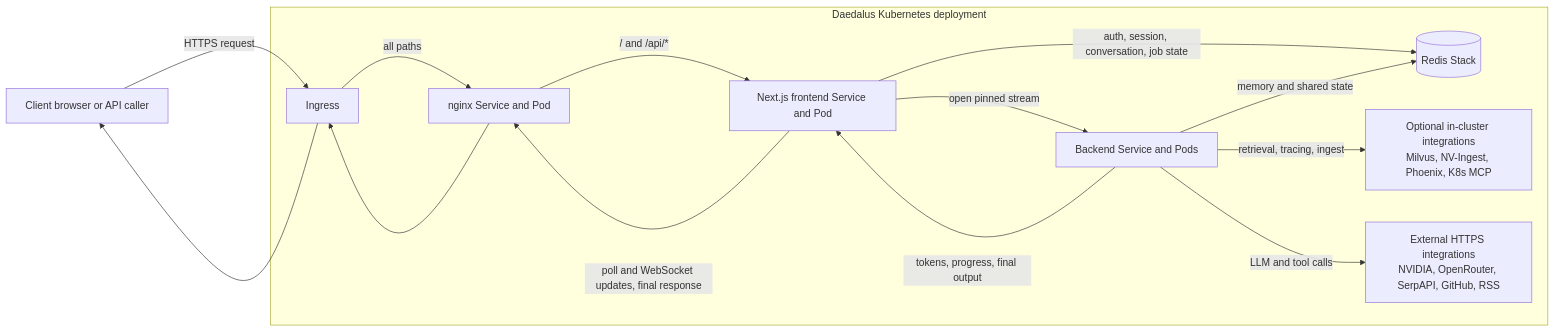
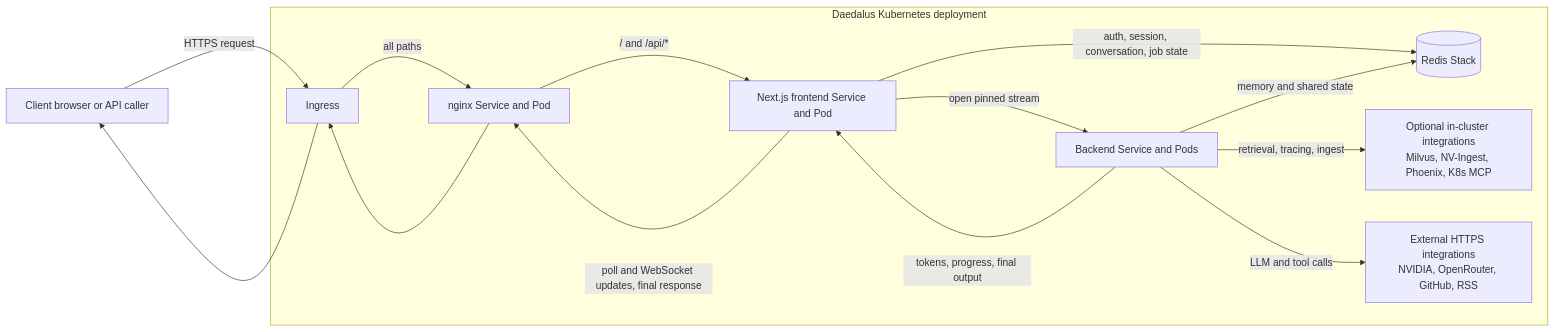
One commit to tuttlebr/daedalus-agent changed the first of 2 diagrams in README.md. Above: the diagram before and after it, drawn with Mermaid. The commit also changed other lines of this file and 181 other files, not shown here.

````diff
--- a/README.md
+++ b/README.md
@@ -207,27 +205,27 @@
 ```mermaid
 flowchart LR
     Client[Client browser or API caller]
 
     subgraph Cluster[Daedalus Kubernetes deployment]
         Ingress[Ingress]
         Nginx[nginx Service and Pod]
         Frontend[Next.js frontend Service and Pod]
         Backend[Backend Service and Pods]
         Redis[(Redis Stack)]
         Integrations[Optional in-cluster integrations<br/>Milvus, NV-Ingest, Phoenix, K8s MCP]
-        External[External HTTPS integrations<br/>NVIDIA, OpenRouter, SerpAPI, GitHub, RSS]
+        External[External HTTPS integrations<br/>NVIDIA, OpenRouter, GitHub, RSS]
     end
 
     Client -->|HTTPS request| Ingress
     Ingress -->|all paths| Nginx
     Nginx -->|/ and /api/*| Frontend
     Frontend -->|auth, session, conversation, job state| Redis
     Frontend -->|open pinned stream| Backend
     Backend -->|memory and shared state| Redis
     Backend -->|retrieval, tracing, ingest| Integrations
     Backend -->|LLM and tool calls| External
     Backend -->|tokens, progress, final output| Frontend
     Frontend -->|poll and WebSocket updates, final response| Nginx
     Nginx --> Ingress
     Ingress --> Client
 ```
````
